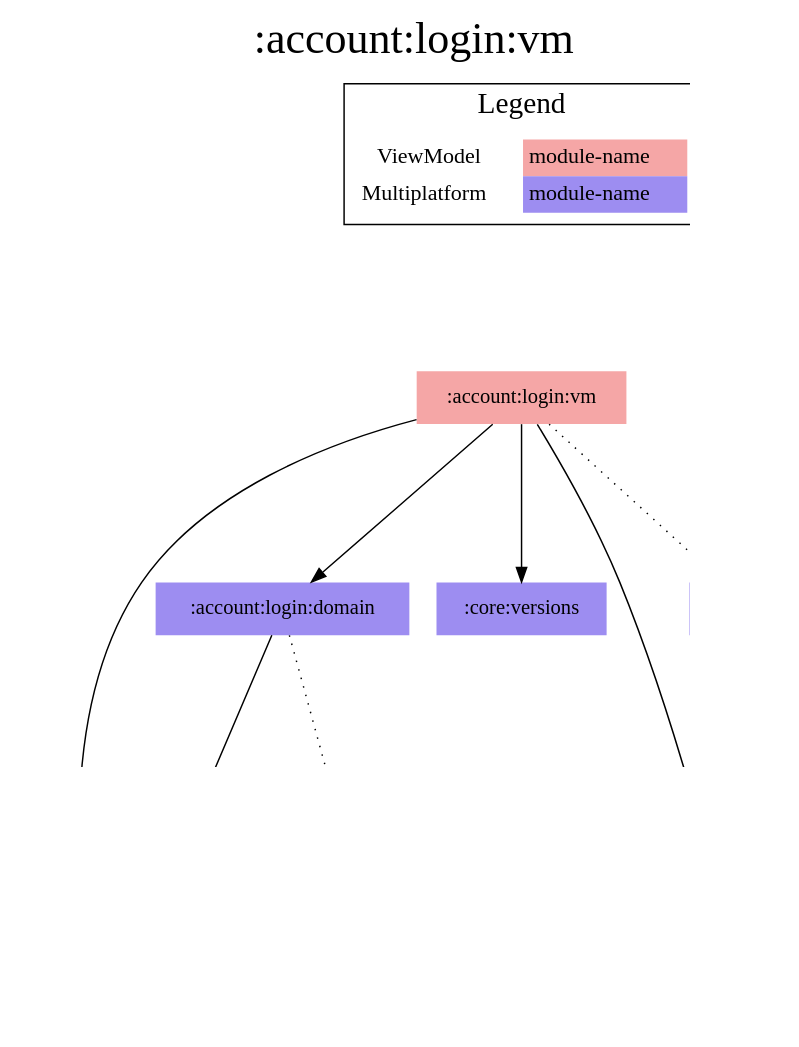
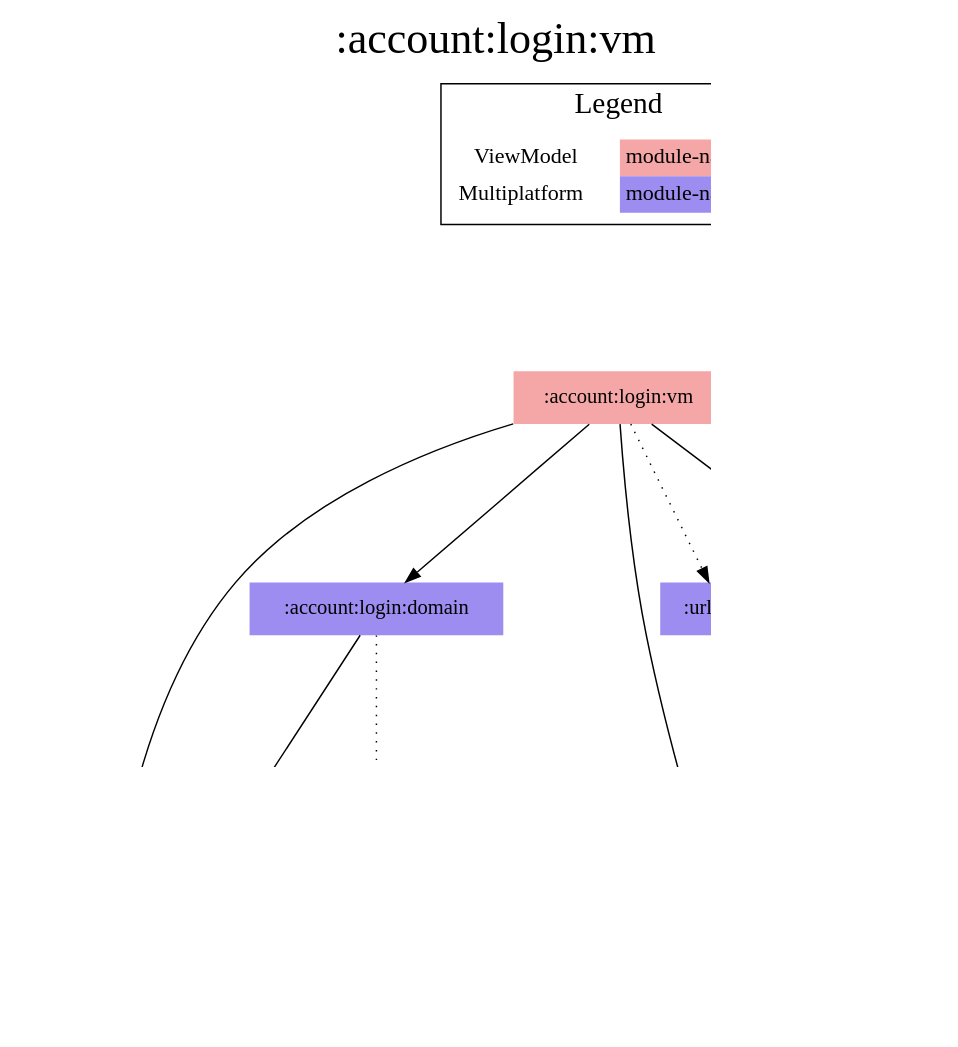
One commit to jonapoul/aktual changed the diagram in modules/account/login/vm/modules.dot. Above: the diagram before and after it, drawn with Graphviz. The commit also changed 96 other files, not shown here.

Commit message:
url:model -> core:model

```diff
--- a/modules/account/login/vm/modules.dot
+++ b/modules/account/login/vm/modules.dot
@@ -1,40 +1,40 @@
 digraph {
 edge ["dir"="forward"]
 graph ["dpi"="100","label"=":account:login:vm","labelloc"="t","fontsize"="30","ranksep"="1.5","rankdir"="TB"]
 node ["style"="filled"]
 ":account:login:domain" ["fillcolor"="#9D8DF1","shape"="none"]
 ":account:login:vm" ["fillcolor"="#F5A6A6","shape"="none"]
 ":account:model" ["fillcolor"="#9D8DF1","shape"="none"]
 ":api:actual" ["fillcolor"="#9D8DF1","shape"="none"]
 ":budget:model" ["fillcolor"="#9D8DF1","shape"="none"]
 ":codegen:annotation" ["fillcolor"="#9D8DF1","shape"="none"]
+":core:model" ["fillcolor"="#9D8DF1","shape"="none"]
 ":core:versions" ["fillcolor"="#9D8DF1","shape"="none"]
-":url:model" ["fillcolor"="#9D8DF1","shape"="none"]
 ":url:prefs" ["fillcolor"="#9D8DF1","shape"="none"]
 {
 edge ["dir"="none"]
 graph ["rank"="same"]
 }
 ":account:login:domain" -> ":account:model"
 ":account:login:domain" -> ":api:actual" ["style"="dotted"]
 ":account:login:vm" -> ":account:login:domain"
 ":account:login:vm" -> ":account:model"
+":account:login:vm" -> ":core:model"
 ":account:login:vm" -> ":core:versions"
-":account:login:vm" -> ":url:model"
 ":account:login:vm" -> ":url:prefs" ["style"="dotted"]
 ":api:actual" -> ":account:model"
 ":api:actual" -> ":budget:model"
 ":api:actual" -> ":codegen:annotation" ["style"="dotted"]
-":api:actual" -> ":url:model"
-":url:prefs" -> ":url:model"
+":api:actual" -> ":core:model"
+":url:prefs" -> ":core:model"
 subgraph "cluster_legend" {
 edge ["dir"="none"]
 graph ["label"="Legend","fontsize"="20"]
 "Legend" ["style"="filled","fillcolor"="#FFFFFF","shape"="none","margin"="0","fontsize"="15","label"=<
 <TABLE BORDER="0" CELLBORDER="0" CELLSPACING="0" CELLPADDING="4">
 <TR><TD>ViewModel</TD><TD BGCOLOR="#F5A6A6">module-name</TD></TR>
 <TR><TD>Multiplatform</TD><TD BGCOLOR="#9D8DF1">module-name</TD></TR>
 </TABLE>
 >]
 } -> ":account:login:vm" ["style"="invis"]
 }
```
